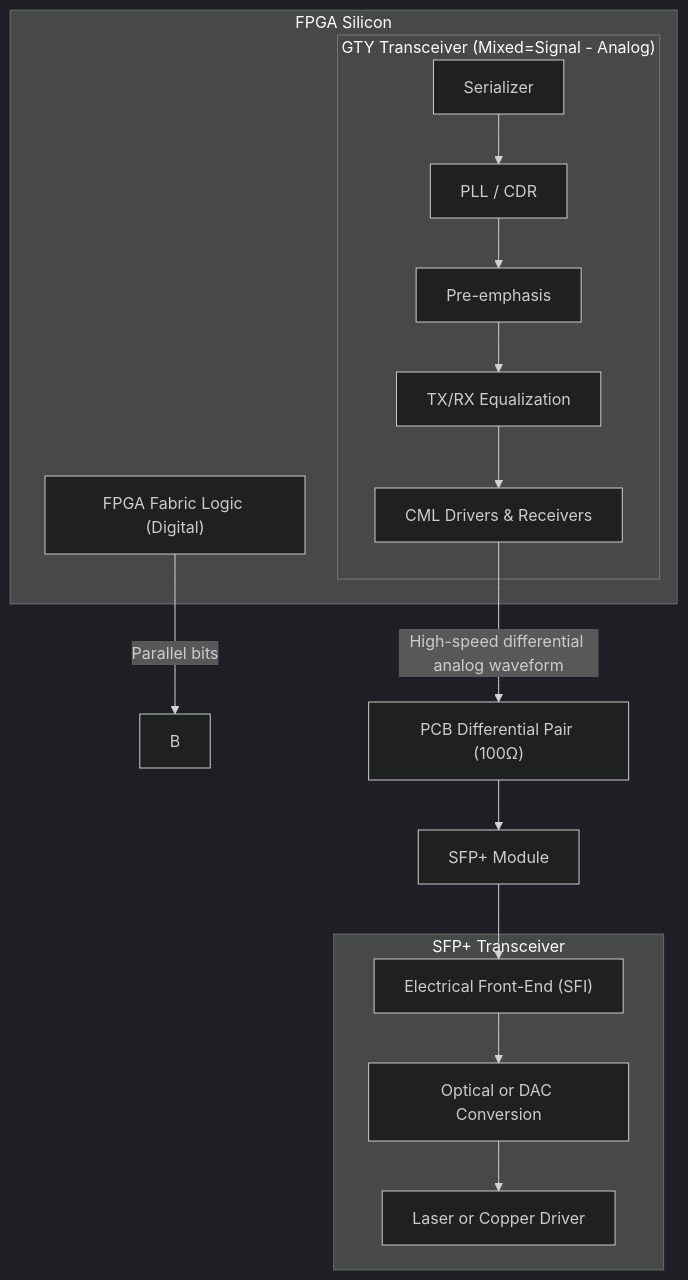
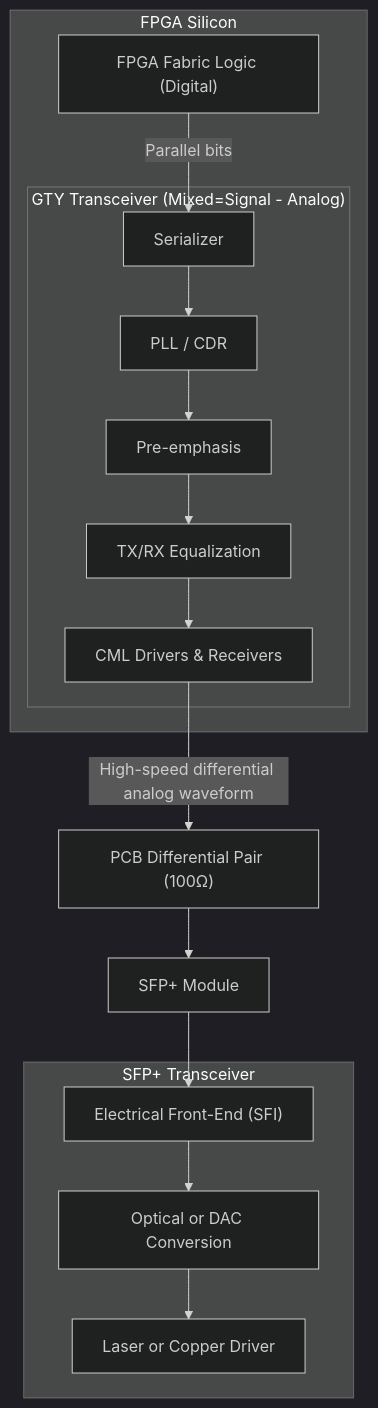
One commit to setrar/microelectronics changed the diagram in Design/Transmission/GTY/README.md. Above: the diagram before and after it, drawn with Mermaid (dark theme).

````diff
--- a/Design/Transmission/GTY/README.md
+++ b/Design/Transmission/GTY/README.md
@@ -1,31 +1,31 @@
 ```mermaid
 flowchart TB
-    A["FPGA Fabric Logic (Digital)"] -->|Parallel bits| B
+    A["FPGA Fabric Logic (Digital)"] -->|Parallel bits| B1
 
     subgraph FPGA["FPGA Silicon"]
         A
         subgraph GTY["GTY Transceiver (Mixed=Signal - Analog)"]
             B1["Serializer"]
             B2["PLL / CDR"]
             B3["Pre-emphasis"]
             B4["TX/RX Equalization"]
             B5["CML Drivers & Receivers"]
 
             B1 --> B2 --> B3 --> B4 --> B5
         end
     end
 
     B5 -->|High-speed differential analog waveform| C["PCB Differential Pair (100Ω)"]
 
     C --> D["SFP+ Module"]
 
     subgraph SFP["SFP+ Transceiver"]
         D1["Electrical Front-End (SFI)"]
         D2["Optical or DAC Conversion"]
         D3["Laser or Copper Driver"]
 
         D1 --> D2 --> D3
     end
 
     D --> D1
 ```
````
